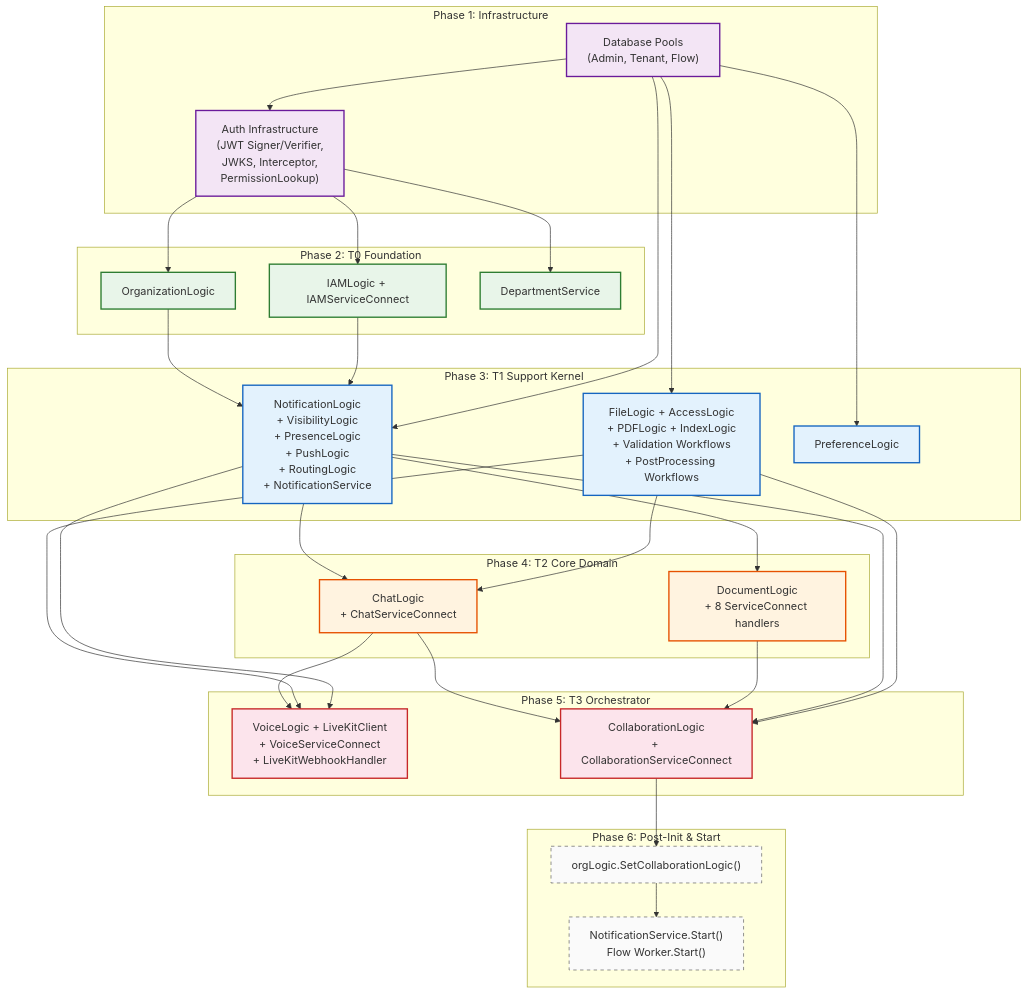
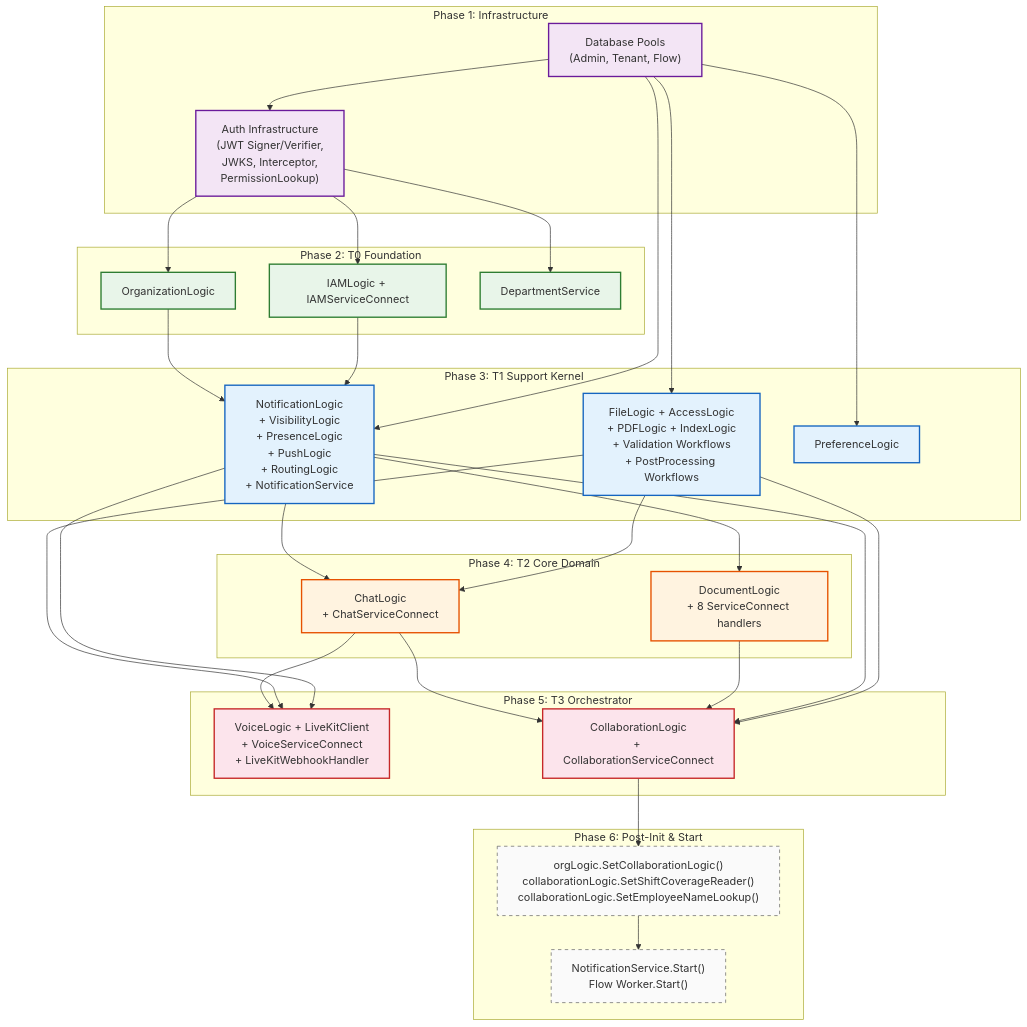
One commit to nvcnvn/tech-office changed the fourth of 4 diagrams in backend/docs/SYSTEM-ARCHITECTURE.md. Above: the diagram before and after it, drawn with Mermaid. The commit also changed other lines of this file and 4 other files, not shown here.

First line of the commit message:
docs: reconcile domain and architecture snapshots after 047

````diff
--- a/backend/docs/SYSTEM-ARCHITECTURE.md
+++ b/backend/docs/SYSTEM-ARCHITECTURE.md
@@ -641,74 +652,74 @@
 ```mermaid
 graph TD
     subgraph "Phase 1: Infrastructure"
         POOLS["Database Pools<br/>(Admin, Tenant, Flow)"]
         AUTH["Auth Infrastructure<br/>(JWT Signer/Verifier,<br/>JWKS, Interceptor,<br/>PermissionLookup)"]
     end
 
     subgraph "Phase 2: T0 Foundation"
         ORG_INIT["OrganizationLogic"]
         IAM_INIT["IAMLogic + IAMServiceConnect"]
         DEPT_INIT["DepartmentService"]
     end
 
     subgraph "Phase 3: T1 Support Kernel"
         NOTIF_INIT["NotificationLogic<br/>+ VisibilityLogic<br/>+ PresenceLogic<br/>+ PushLogic<br/>+ RoutingLogic<br/>+ NotificationService"]
         FILES_INIT["FileLogic + AccessLogic<br/>+ PDFLogic + IndexLogic<br/>+ Validation Workflows<br/>+ PostProcessing Workflows"]
         PREF_INIT["PreferenceLogic"]
     end
 
     subgraph "Phase 4: T2 Core Domain"
         CHAT_INIT["ChatLogic<br/>+ ChatServiceConnect"]
         DOCS_INIT["DocumentLogic<br/>+ 8 ServiceConnect handlers"]
     end
 
     subgraph "Phase 5: T3 Orchestrator"
         VOICE_INIT["VoiceLogic + LiveKitClient<br/>+ VoiceServiceConnect<br/>+ LiveKitWebhookHandler"]
         COLLAB_INIT["CollaborationLogic<br/>+ CollaborationServiceConnect"]
     end
 
     subgraph "Phase 6: Post-Init & Start"
-        INJECT["orgLogic.SetCollaborationLogic()"]
+        INJECT["orgLogic.SetCollaborationLogic()<br/>collaborationLogic.SetShiftCoverageReader()<br/>collaborationLogic.SetEmployeeNameLookup()"]
         START["NotificationService.Start()<br/>Flow Worker.Start()"]
     end
 
     POOLS --> AUTH
     AUTH --> ORG_INIT
     AUTH --> IAM_INIT
     AUTH --> DEPT_INIT
 
     ORG_INIT --> NOTIF_INIT
     IAM_INIT --> NOTIF_INIT
     POOLS --> NOTIF_INIT
     POOLS --> FILES_INIT
     POOLS --> PREF_INIT
 
     NOTIF_INIT --> CHAT_INIT
     FILES_INIT --> CHAT_INIT
     NOTIF_INIT --> DOCS_INIT
     CHAT_INIT --> VOICE_INIT
     FILES_INIT --> VOICE_INIT
     NOTIF_INIT --> VOICE_INIT
 
     CHAT_INIT --> COLLAB_INIT
     DOCS_INIT --> COLLAB_INIT
     NOTIF_INIT --> COLLAB_INIT
     FILES_INIT --> COLLAB_INIT
 
     COLLAB_INIT --> INJECT
     INJECT --> START
 
     classDef infra fill:#f3e5f5,stroke:#6a1b9a,stroke-width:2px
     classDef foundation fill:#e8f5e9,stroke:#2e7d32,stroke-width:2px
     classDef kernel fill:#e3f2fd,stroke:#1565c0,stroke-width:2px
     classDef core fill:#fff3e0,stroke:#e65100,stroke-width:2px
     classDef orchestrator fill:#fce4ec,stroke:#c62828,stroke-width:2px
     classDef postinit fill:#fafafa,stroke:#616161,stroke-width:1px,stroke-dasharray: 5 5
 
     class POOLS,AUTH infra
     class ORG_INIT,IAM_INIT,DEPT_INIT foundation
     class NOTIF_INIT,FILES_INIT,PREF_INIT kernel
     class CHAT_INIT,DOCS_INIT core
     class COLLAB_INIT,VOICE_INIT orchestrator
     class INJECT,START postinit
 ```
````
